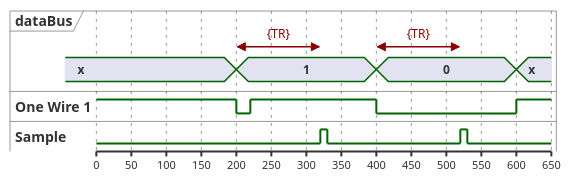
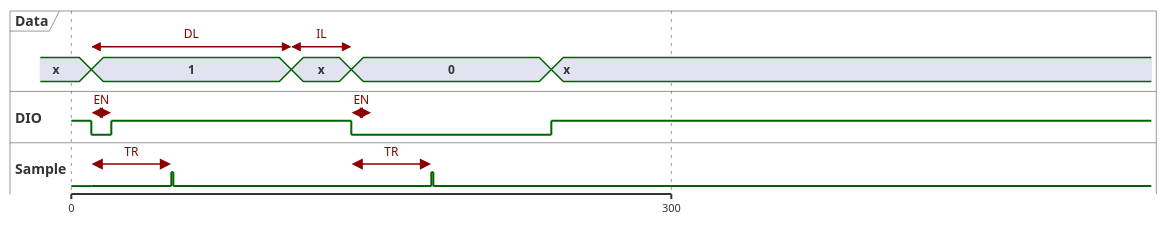
Before and after one commit to pimium/pic16f54-7-segments-display: the diagram in documents/images/one_wire.plantuml, drawn with PlantUML. The commit also changed 10 other files, not shown here.

```diff
--- a/documents/images/one_wire.plantuml
+++ b/documents/images/one_wire.plantuml
@@ -1,46 +1,58 @@
 @startuml
-concise "dataBus" as db
-binary "One Wire 1" as WB
-binary "Sample" as SA
-scale 50 as 35 pixels
+'clock clk with period 5
+concise "Data" as db
+binary "DIO" as dio
+binary "Sample" as st
 
-WB is high
-SA is low
 db is x
+st is low
+dio is high
 
-@WB
-0 is high
-+200 is low
-'WB -> WB@+100 : {TR}
+scale 300 as 600 pixels
 
+@0
+dio is high
+st is low
+
+@+10
+dio is low
+st is low
+db is 1
 @db
-@+0 <-> @+120 : {TR}
-+0 is 1
-@WB
-+20 is high
-@SA
-+100 is high
-+10 is low
-@WB
-400 is low
+@+0 <-> @+100 : DL
+@st
+@+0 <-> @+40 : TR
+@dio
+@+0 <-> @+10 : EN
+
+@+10
+dio is high
+
+
+@+30
+st is high
+@+1
+st is low
+
+@+59
+db is x
 @db
-+0 is 0
-@+0 <-> @+120 : {TR}
-@SA
-+120 is high
-+10 is low
-@WB
-600 is high
-@db
-+0 is x
+@+0 <-> @+30 : IL
 
-'db@100 <-> @150 : {TR}
-'db@200 <-> @+150 : {150 ms}
+@+30
+dio is low
+db is 0
+@st
+@+0 <-> @+40 : TR
+@dio
+@+0 <-> @+10 : EN
 
-@200 as :write_beg
-@220 as :write_end
+@+40
+st is high
+@+1
+st is low
 
-'highlight :write_beg to :write_end #Gold:Write
-'highlight :read_beg to :read_end #lightBlue:Read
-
+@+59
+dio is high
+db is x
 @enduml
```
